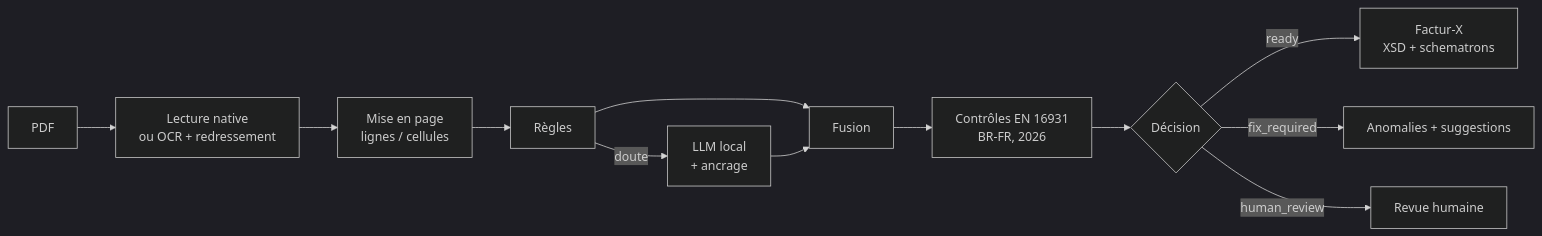
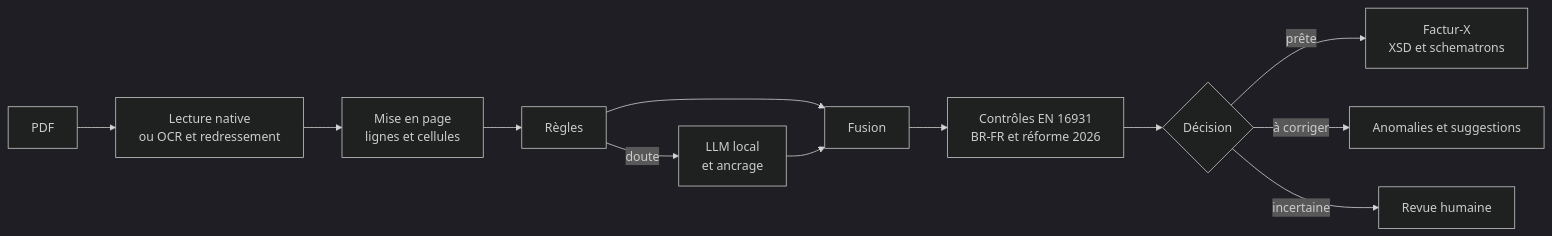
Before and after one commit to melissa-bouamama/facture_ai: the diagram in README.md, drawn with Mermaid (dark theme). The commit also changed other lines of this file and 40 other files, not shown here.

````diff
--- a/README.md
+++ b/README.md
@@ -102,14 +112,14 @@
 ```mermaid
 flowchart LR
-    A[PDF] --> B[Lecture native<br/>ou OCR + redressement]
-    B --> C[Mise en page<br/>lignes / cellules]
+    A[PDF] --> B[Lecture native<br/>ou OCR et redressement]
+    B --> C[Mise en page<br/>lignes et cellules]
     C --> D[Règles]
-    D -->|doute| E[LLM local<br/>+ ancrage]
+    D -->|doute| E[LLM local<br/>et ancrage]
     D --> F[Fusion]
     E --> F
-    F --> G[Contrôles EN 16931<br/>BR-FR, 2026]
+    F --> G[Contrôles EN 16931<br/>BR-FR et réforme 2026]
     G --> H{Décision}
-    H -->|ready| I[Factur-X<br/>XSD + schematrons]
-    H -->|fix_required| J[Anomalies + suggestions]
-    H -->|human_review| K[Revue humaine]
+    H -->|prête| I[Factur-X<br/>XSD et schematrons]
+    H -->|à corriger| J[Anomalies et suggestions]
+    H -->|incertaine| K[Revue humaine]
 ```
````
